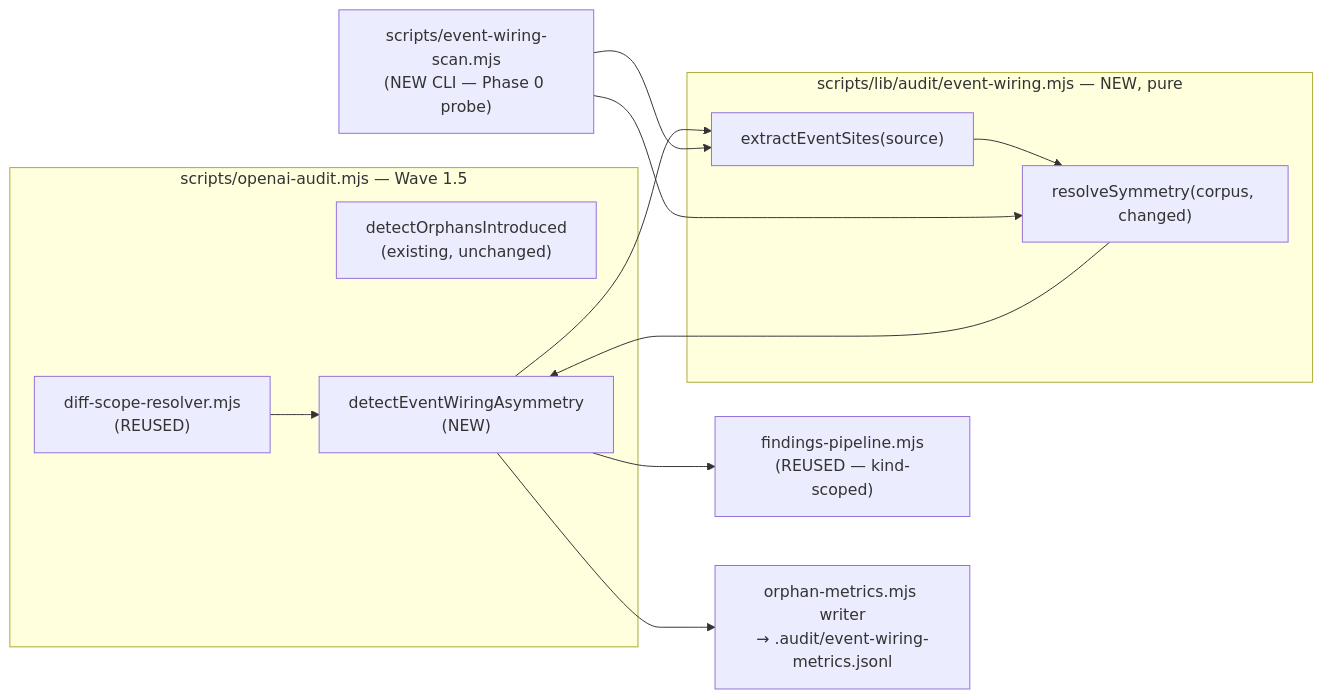
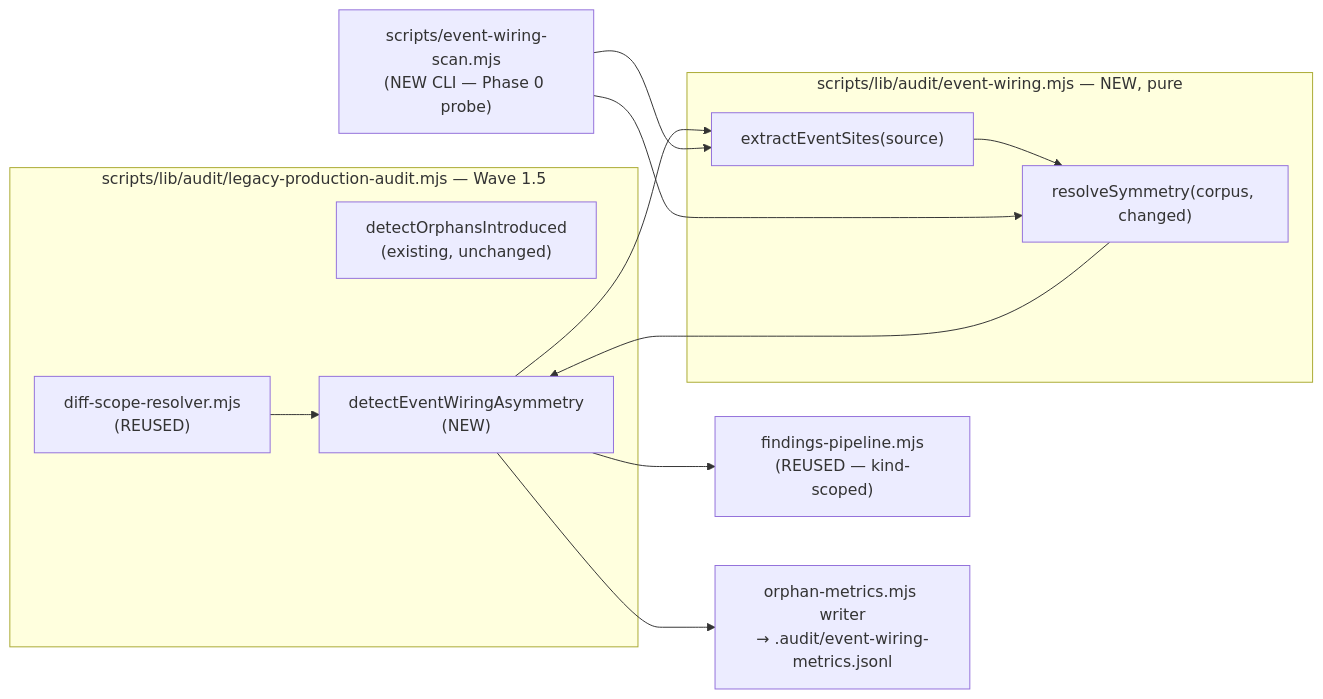
One commit to Lbstrydom/claude-engineering-skills changed the diagram in docs/plans/event-wiring-symmetry.md. Above: the diagram before and after it, drawn with Mermaid. The commit also changed other lines of this file and 6 other files, not shown here.

````diff
--- a/docs/plans/event-wiring-symmetry.md
+++ b/docs/plans/event-wiring-symmetry.md
@@ -130,24 +132,24 @@
 ```mermaid
 graph LR
-  subgraph Orch["scripts/openai-audit.mjs — Wave 1.5"]
+  subgraph Orch["scripts/lib/audit/legacy-production-audit.mjs — Wave 1.5"]
     DSR["diff-scope-resolver.mjs<br/>(REUSED)"]
     A["detectOrphansIntroduced<br/>(existing, unchanged)"]
     B["detectEventWiringAsymmetry<br/>(NEW)"]
   end
   subgraph Pure["scripts/lib/audit/event-wiring.mjs — NEW, pure"]
     EX["extractEventSites(source)"]
     SY["resolveSymmetry(corpus, changed)"]
   end
   FP["findings-pipeline.mjs<br/>(REUSED — kind-scoped)"]
   TM["orphan-metrics.mjs writer<br/>→ .audit/event-wiring-metrics.jsonl"]
   CLI["scripts/event-wiring-scan.mjs<br/>(NEW CLI — Phase 0 probe)"]
 
   DSR --> B
   B --> EX
   EX --> SY
   SY --> B
   B --> FP
   B --> TM
   CLI --> EX
   CLI --> SY
 ```
````
